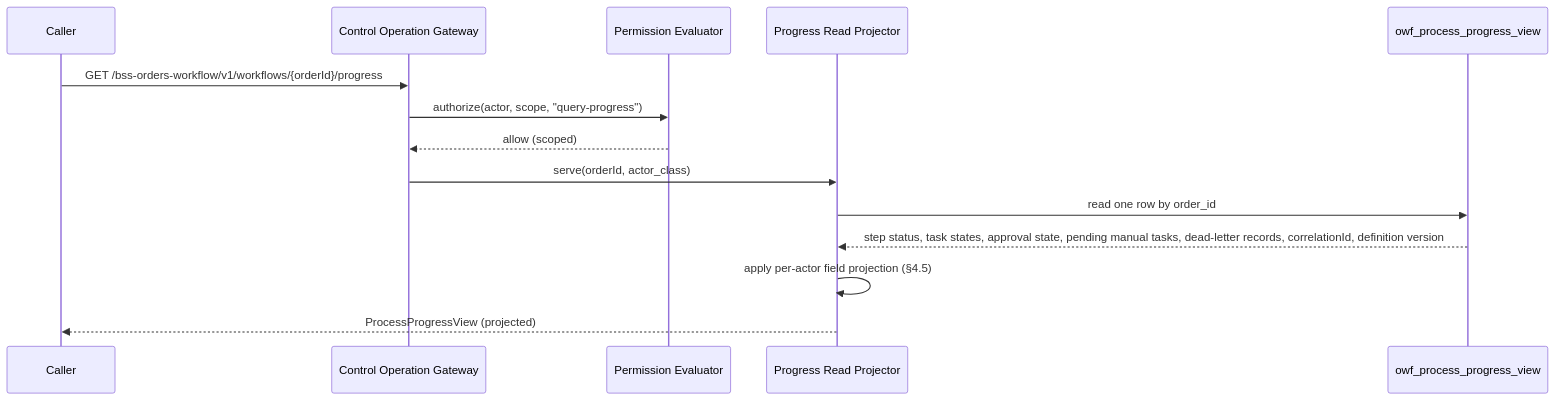
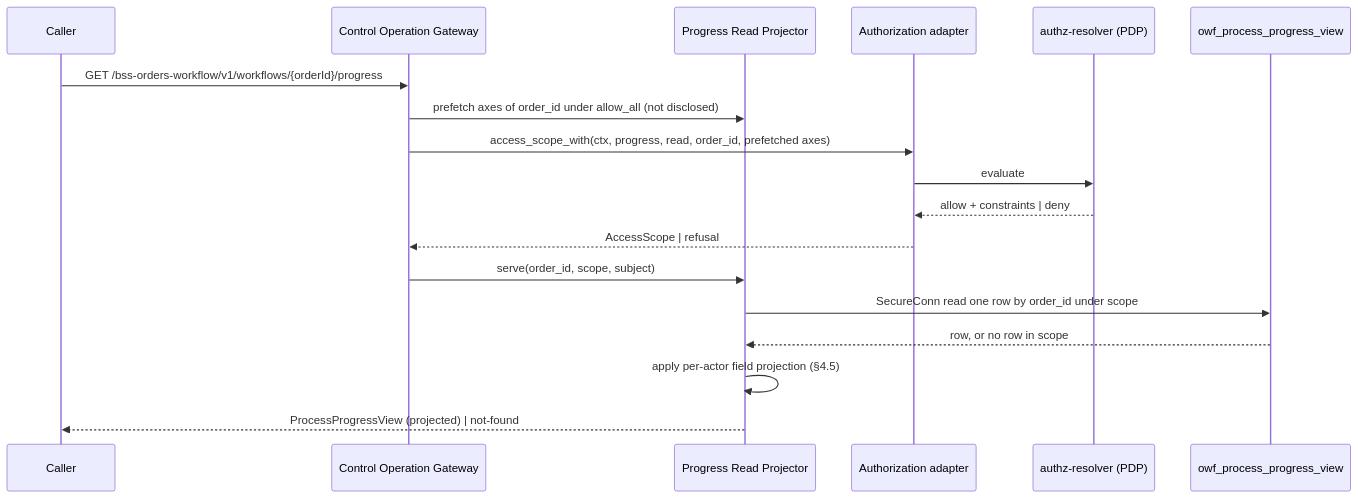
The second of 4 diagrams in gears/bss/orders-workflow/docs/design/09-read-and-authz.md (constructorfabric/gears-rust), drawn with Mermaid before and after one commit. The commit also changed other lines of this file and 9 other files, not shown here.

````diff
--- a/gears/bss/orders-workflow/docs/design/09-read-and-authz.md
+++ b/gears/bss/orders-workflow/docs/design/09-read-and-authz.md
@@ -580,11 +743,14 @@
 ```mermaid
 sequenceDiagram
     Caller ->> Control Operation Gateway: GET /bss-orders-workflow/v1/workflows/{orderId}/progress
-    Control Operation Gateway ->> Permission Evaluator: authorize(actor, scope, "query-progress")
-    Permission Evaluator -->> Control Operation Gateway: allow (scoped)
-    Control Operation Gateway ->> Progress Read Projector: serve(orderId, actor_class)
-    Progress Read Projector ->> owf_process_progress_view: read one row by order_id
-    owf_process_progress_view -->> Progress Read Projector: step status, task states, approval state, pending manual tasks, dead-letter records, correlationId, definition version
+    Control Operation Gateway ->> Progress Read Projector: prefetch axes of order_id under allow_all (not disclosed)
+    Control Operation Gateway ->> Authorization adapter: access_scope_with(ctx, progress, read, order_id, prefetched axes)
+    Authorization adapter ->> authz-resolver (PDP): evaluate
+    authz-resolver (PDP) -->> Authorization adapter: allow + constraints | deny
+    Authorization adapter -->> Control Operation Gateway: AccessScope | refusal
+    Control Operation Gateway ->> Progress Read Projector: serve(order_id, scope, subject)
+    Progress Read Projector ->> owf_process_progress_view: SecureConn read one row by order_id under scope
+    owf_process_progress_view -->> Progress Read Projector: row, or no row in scope
     Progress Read Projector ->> Progress Read Projector: apply per-actor field projection (§4.5)
-    Progress Read Projector -->> Caller: ProcessProgressView (projected)
+    Progress Read Projector -->> Caller: ProcessProgressView (projected) | not-found
 ```
````
